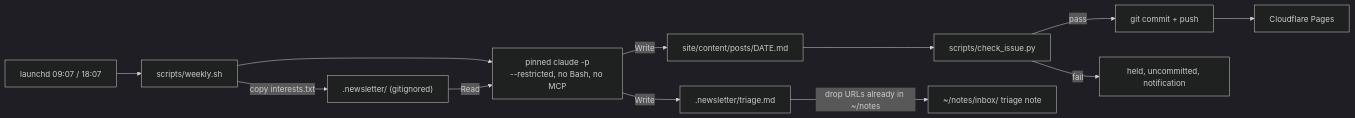
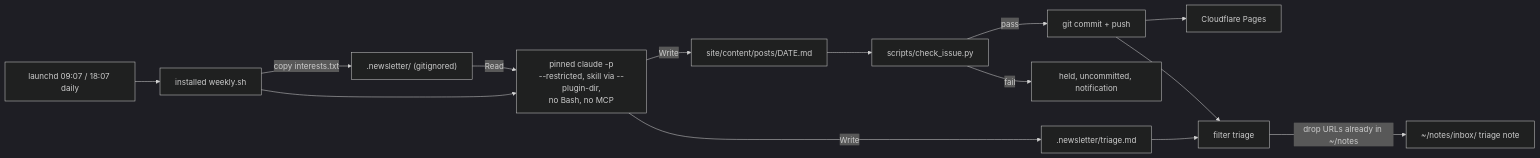
One commit to ChrisAdkin8/newsletter-ai-skill changed the diagram in docs/specs/2026-09-13-weekly-local-publishing.md. Above: the diagram before and after it, drawn with Mermaid (dark theme). The commit also changed other lines of this file, not shown here.

First line of the commit message:
Docs: revise weekly local publishing spec after spikes

````diff
--- a/docs/specs/2026-09-13-weekly-local-publishing.md
+++ b/docs/specs/2026-09-13-weekly-local-publishing.md
@@ -77,12 +102,13 @@
 ```mermaid
 flowchart LR
-  L["launchd 09:07 / 18:07"] --> W["scripts/weekly.sh"]
+  L["launchd 09:07 / 18:07 daily"] --> W["installed weekly.sh"]
   W -->|copy interests.txt| S[".newsletter/ (gitignored)"]
-  W --> C["pinned claude -p<br/>--restricted, no Bash, no MCP"]
+  W --> C["pinned claude -p<br/>--restricted, skill via --plugin-dir,<br/>no Bash, no MCP"]
   S -->|Read| C
   C -->|Write| P["site/content/posts/DATE.md"]
   C -->|Write| T[".newsletter/triage.md"]
   P --> K["scripts/check_issue.py"] -->|pass| G["git commit + push"] --> CF["Cloudflare Pages"]
   K -->|fail| H["held, uncommitted, notification"]
-  T -->|drop URLs already in ~/notes| I["~/notes/inbox/ triage note"]
+  G --> F["filter triage"]
+  T --> F -->|drop URLs already in ~/notes| I["~/notes/inbox/ triage note"]
 ```
````
